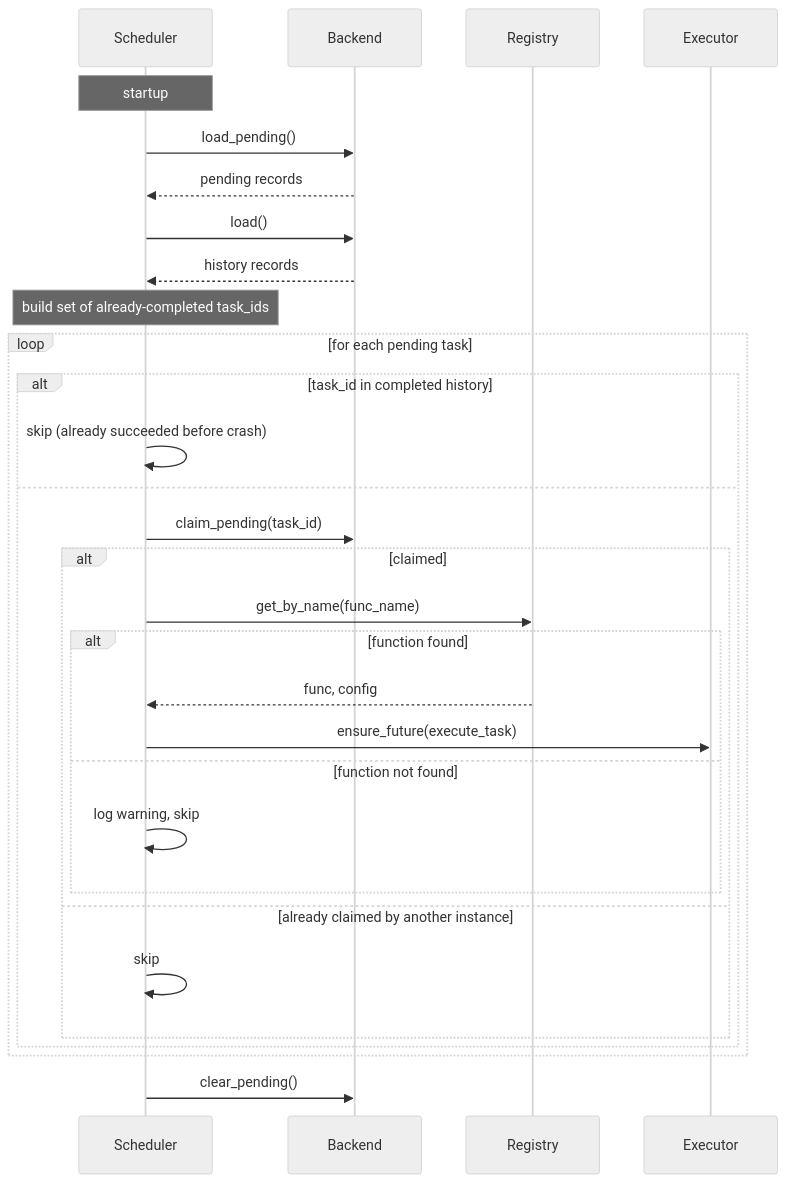
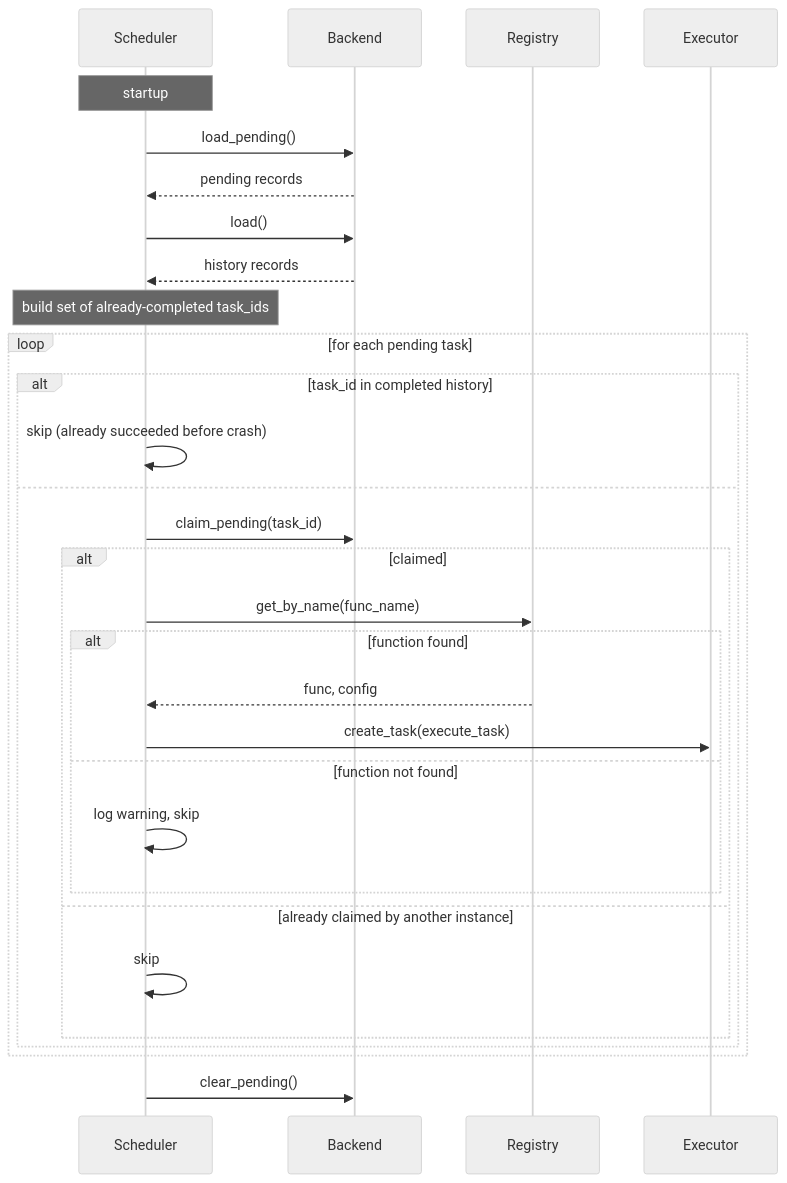
Before and after one commit to Attakay78/fastapi-taskflow: the diagram in docs/guide/requeue.md, drawn with Mermaid (neutral theme). The commit also changed 38 other files, not shown here.

````diff
--- a/docs/guide/requeue.md
+++ b/docs/guide/requeue.md
@@ -73,35 +73,35 @@
 ```mermaid
 sequenceDiagram
     participant Scheduler
     participant Backend
     participant Registry
     participant Executor
 
     Note over Scheduler: startup
     Scheduler->>Backend: load_pending()
     Backend-->>Scheduler: pending records
     Scheduler->>Backend: load()
     Backend-->>Scheduler: history records
     Note over Scheduler: build set of already-completed task_ids
 
     loop for each pending task
         alt task_id in completed history
             Scheduler->>Scheduler: skip (already succeeded before crash)
         else
             Scheduler->>Backend: claim_pending(task_id)
             alt claimed
                 Scheduler->>Registry: get_by_name(func_name)
                 alt function found
                     Registry-->>Scheduler: func, config
-                    Scheduler->>Executor: ensure_future(execute_task)
+                    Scheduler->>Executor: create_task(execute_task)
                 else function not found
                     Scheduler->>Scheduler: log warning, skip
                 end
             else already claimed by another instance
                 Scheduler->>Scheduler: skip
             end
         end
     end
 
     Scheduler->>Backend: clear_pending()
 ```
````
